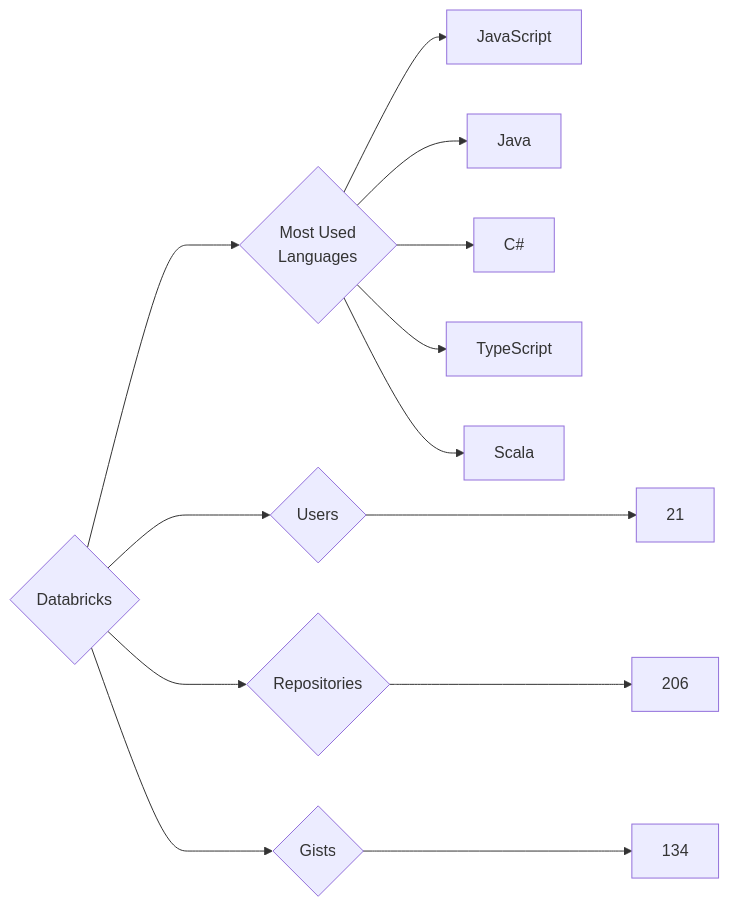
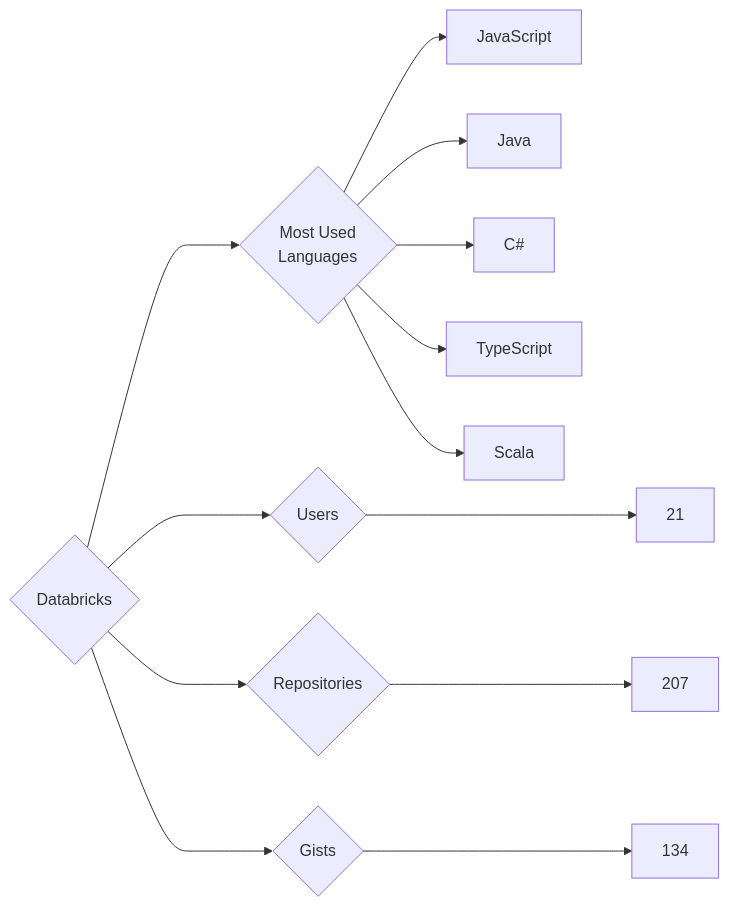
The diagram in targets/Databricks/README.md (trickest/insiders), drawn with Mermaid before and after one commit. The commit also changed 948 other files, not shown here.

````diff
--- a/targets/Databricks/README.md
+++ b/targets/Databricks/README.md
@@ -3,13 +3,13 @@
 ```mermaid
 graph LR
 COMPANY_NAME{Databricks}
 COMPANY_NAME ---> U{Users} ---> UN[21]
-COMPANY_NAME ---> R{Repositories} ---> RN[206]
+COMPANY_NAME ---> R{Repositories} ---> RN[207]
 COMPANY_NAME ---> G{Gists} ---> GN[134]
 COMPANY_NAME ---> ML{Most Used<br>Languages}
 ML --> JavaScript[JavaScript]
 ML --> Java[Java]
 ML --> C#[C#]
 ML --> TypeScript[TypeScript]
 ML --> Scala[Scala]
 ```
````
